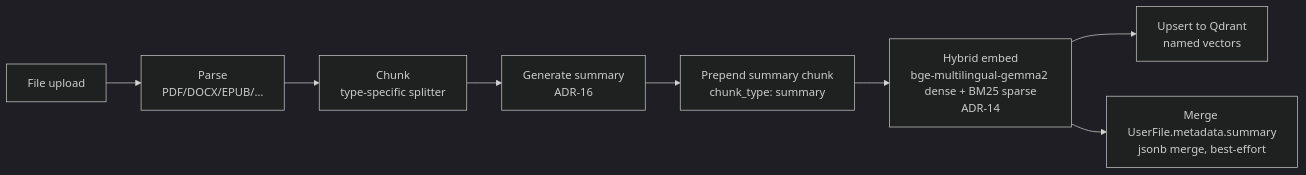
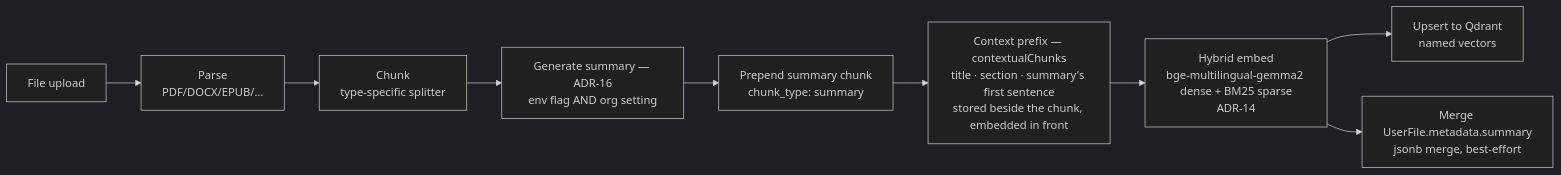
Before and after one commit to webamigos/RagenAI: the first of 3 diagrams in docs/rag-pipeline.md, drawn with Mermaid (dark theme). The commit also changed other lines of this file and 1 other file, not shown here.

````diff
--- a/docs/rag-pipeline.md
+++ b/docs/rag-pipeline.md
@@ -7,10 +7,11 @@
 ```mermaid
 flowchart LR
     A[File upload] --> B[Parse<br/>PDF/DOCX/EPUB/…]
     B --> C[Chunk<br/>type-specific splitter]
-    C --> D[Generate summary<br/>ADR-16]
+    C --> D["Generate summary — ADR-16<br/>env flag AND org setting"]
     D --> E[Prepend summary chunk<br/>chunk_type: summary]
-    E --> F[Hybrid embed<br/>bge-multilingual-gemma2 dense + BM25 sparse<br/>ADR-14]
+    E --> X["Context prefix — contextualChunks<br/>title · section · summary's first sentence<br/>stored beside the chunk, embedded in front"]
+    X --> F[Hybrid embed<br/>bge-multilingual-gemma2 dense + BM25 sparse<br/>ADR-14]
     F --> G[Upsert to Qdrant<br/>named vectors]
     F --> H[Merge UserFile.metadata.summary<br/>jsonb merge, best-effort]
 ```
````
